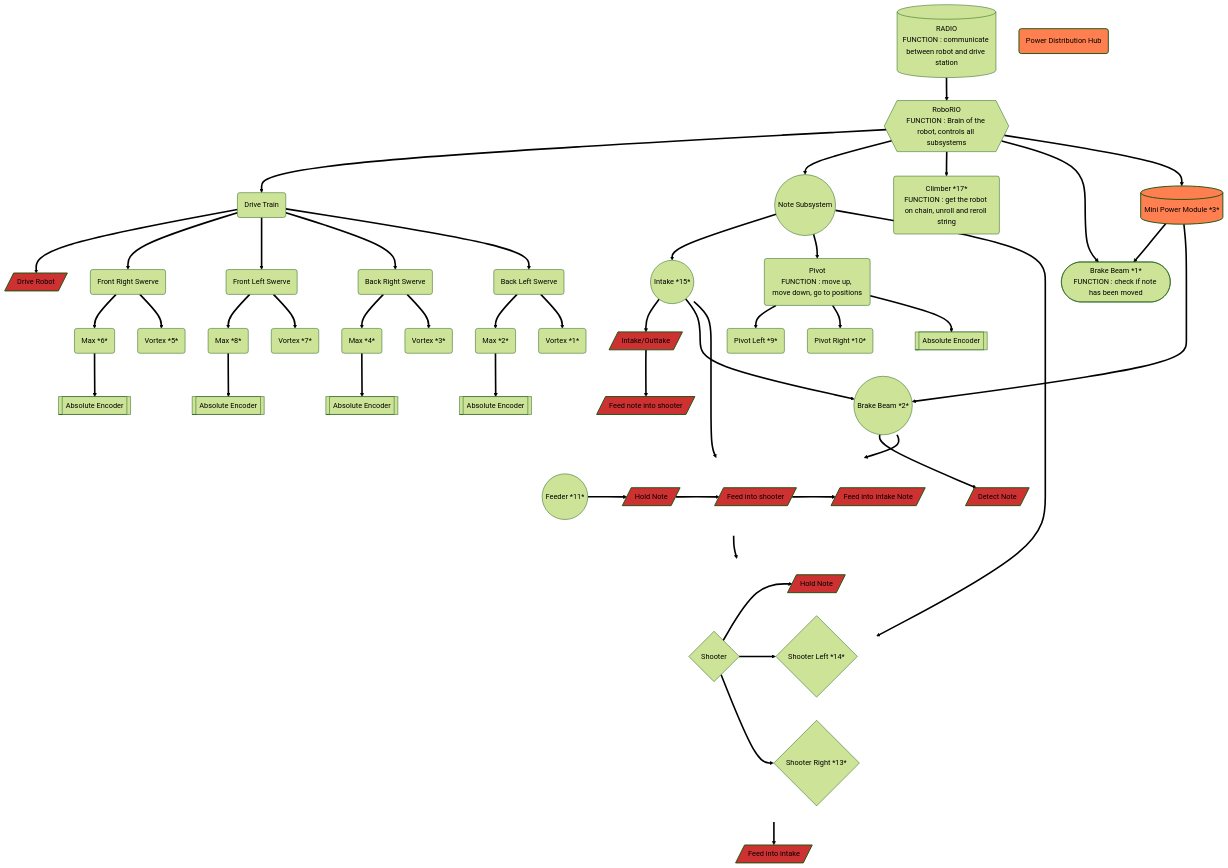
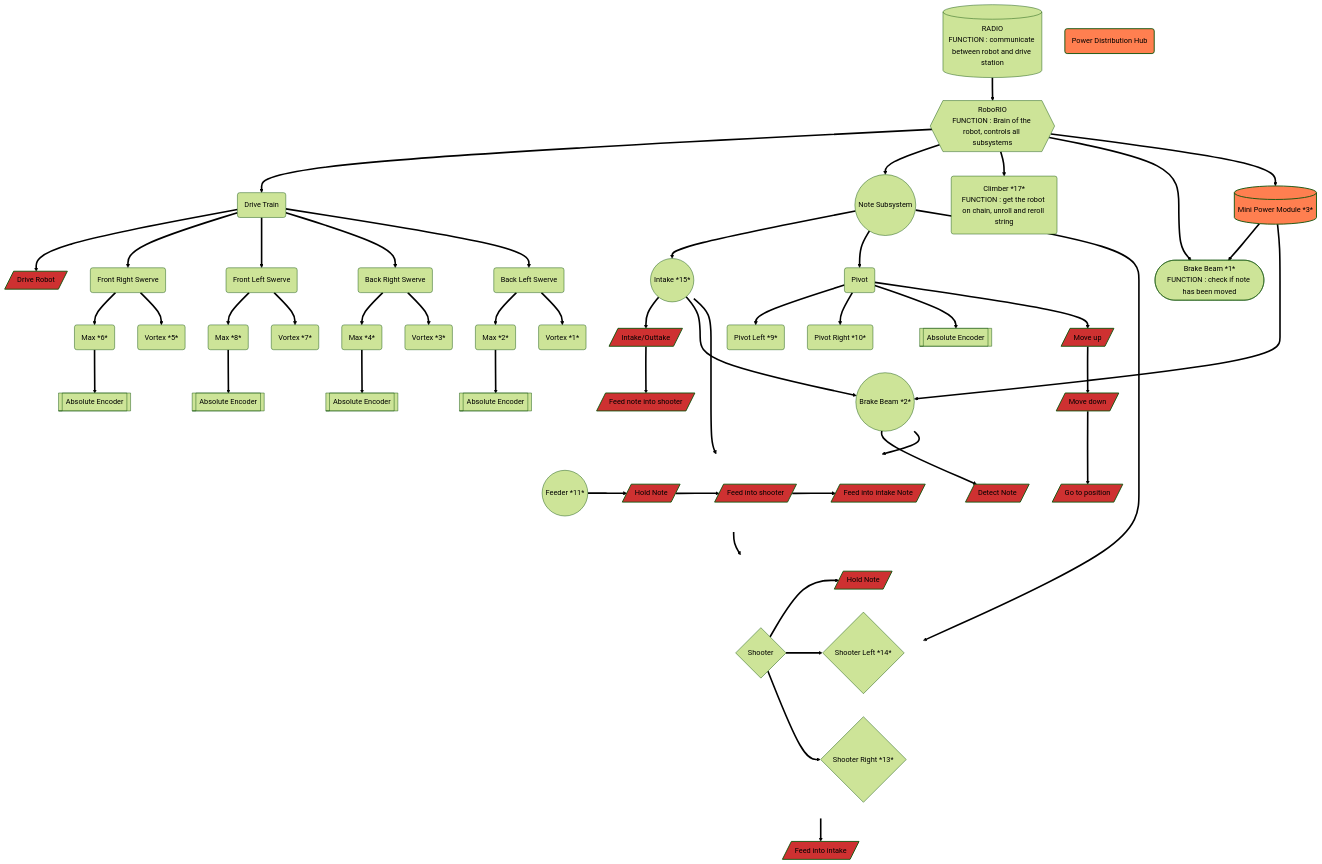
One commit to richardson-area-wide-robotics/Frc24-Crescendo-1745-OffSeason-AdvantageKit changed the diagram in tony_graphs.md. Above: the diagram before and after it, drawn with Mermaid (forest theme).

Commit message:
PIVOT SUB

````diff
--- a/tony_graphs.md
+++ b/tony_graphs.md
@@ -1,79 +1,84 @@
 ```mermaid
 
 graph TD;
     subgraph invisibleShooterGroup
         direction LR
         ShooterSystem{Shooter};
         ShooterSystem==>FUNCSHOOTER;
         ShooterSystem==>ShooterLeft{Shooter Left *14*};
         ShooterSystem==>ShooterRight{Shooter Right *13*};
     end
 
 subgraph invisibleFeederGroup
         direction LR
         FeederSystem ==>FUNCFEEDER;
         FUNCFEEDER[/Hold Note/] ==>FUNCFEEDER2;
         FUNCFEEDER2[/Feed into shooter/] ==> FUNCFEEDER3;
         FUNCFEEDER3[/Feed into intake Note/];
     end
 
     RoboRIO{{RoboRIO
 FUNCTION : Brain of the robot, controls all subsystems}}==>DriveTrain;
     DriveTrain(Drive Train);
     DriveTrain==>FUNCDRIVE[/Drive Robot/];
     RoboRIO==>NoteSubsystem((Note Subsystem));
     NoteSubsystem==>IntakeSystem((Intake *15*));
     NoteSubsystem==>ShooterSystem;
     RoboRIO==>ClimberSystem(Climber *17*
 FUNCTION : get the robot on chain, unroll and reroll string);
     IntakeSystem==>FeederSystem((Feeder *11*))==>ShooterSystem;
     IntakeSystem==>FUNCINTAKE1;
-    NoteSubsystem==>PivotSystem(Pivot
-FUNCTION : move up, move down, go to positions);
+    NoteSubsystem==>PivotSystem(Pivot);
     PivotSystem==>PivotLeft(Pivot Left *9*);
     PivotSystem==>PivotRight(Pivot Right *10*);
     DriveTrain==>FrontRightSwerve(Front Right Swerve);
     DriveTrain==>FrontLeftSwerve(Front Left Swerve);
     DriveTrain==>BackRightSwerve(Back Right Swerve);
     DriveTrain==>BackLeftSwerve(Back Left Swerve);
     FrontRightSwerve==>MaxFR(Max *6*);
     FrontLeftSwerve==>MaxFL(Max *8*);
     BackRightSwerve==>MaxBR(Max *4*);
     BackLeftSwerve==>MaxBL(Max *2*);
     FrontRightSwerve==>VortexFR(Vortex *5*);
     FrontLeftSwerve==>VortexFL(Vortex *7*);
     BackRightSwerve==>VortexBR(Vortex *3*);
     BackLeftSwerve==>VortexBL(Vortex *1*);
     MaxFR==>EncoderFR[[Absolute Encoder]];
     MaxFL==>EncoderFL[[Absolute Encoder]];
     MaxBR==>EncoderBR[[Absolute Encoder]];
     MaxBL==>EncoderBL[[Absolute Encoder]];
     PivotSystem==>PivotEncoder[[Absolute Encoder]];
     IntakeSystem===>BrakeBeamNote((Brake Beam *2*))==>FeederSystem;
     BrakeBeamNote==>FUNCBREAKBEAM;
     RoboRIO==>ShooterBrakeBeam([Brake Beam *1*
 FUNCTION : check if note has been moved]);
     RoboRIO==>MiniPowerModule[(Mini Power Module *3*)]==>ShooterBrakeBeam;
     MiniPowerModule[(Mini Power Module *3*)]==>BrakeBeamNote;
     RADIO[(RADIO
 FUNCTION : communicate between robot and drive station)]==>RoboRIO;
     FUNCINTAKE1[/Intake/Outtake/]==>FUNCINTAKE2;
     FUNCINTAKE2[/Feed note into shooter/];
     FUNCBREAKBEAM[/Detect Note/];
     FUNCSHOOTER[/Hold Note/] ==>FUNCSHOOTER2;
     FUNCSHOOTER2[/Feed into intake/];
+
+    PivotSystem==>FUNCPIVOT1[/Move up/]==>FUNCPIVOT2;
+    FUNCPIVOT2[/Move down/]==>FUNCPIVOT3;
+    FUNCPIVOT3[/Go to position/];
+
     PDH(Power Distribution Hub);
 
+
     classDef fuctionStyle fill:#ce3131,stroke-width:2px,color:#000;
-    class FUNCINTAKE1,FUNCINTAKE2,FUNCINTAKE3,FUNCBREAKBEAM,FUNCFEEDER,FUNCFEEDER2,FUNCFEEDER3,FUNCSHOOTER,FUNCSHOOTER2,FUNCSHOOTER3,FUNCDRIVE, fuctionStyle;
+    class FUNCINTAKE1,FUNCINTAKE2,FUNCINTAKE3,FUNCBREAKBEAM,FUNCFEEDER,FUNCFEEDER2,FUNCFEEDER3,FUNCSHOOTER,FUNCSHOOTER2,FUNCSHOOTER3,FUNCDRIVE,FUNCPIVOT1,FUNCPIVOT2,FUNCPIVOT3 fuctionStyle;
 
     classDef invisible fill:none,stroke:none,color:transparent;
     class invisibleShooterGroup,invisibleFeederGroup invisible;
 
     classDef powerStyle fill:#ff7f50,stroke-width:2px,color:#000;
     class PDH,MiniPowerModule powerStyle;
 
     linkStyle default interpolate basis;
 
 
 ```
````
